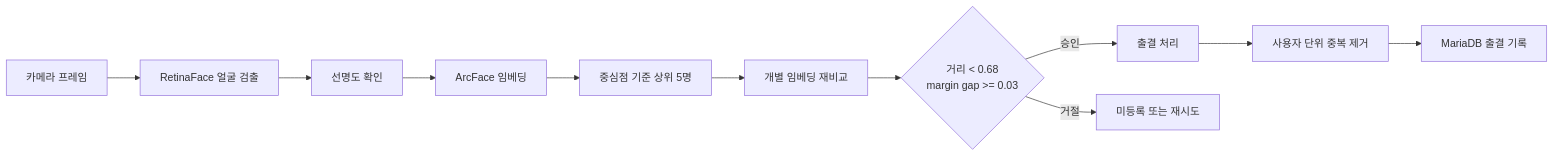
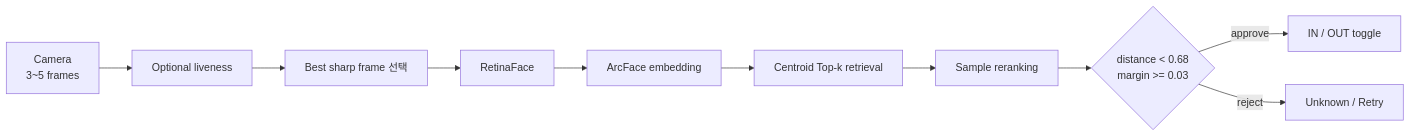
One commit to yoon-chan-hyeok/face-attendance-system changed the second of 3 diagrams in README.md. Above: the diagram before and after it, drawn with Mermaid. The commit also changed other lines of this file, not shown here.

Commit message:
docs: integrate face attendance upgrade report into README

````diff
--- a/README.md
+++ b/README.md
@@ -67,13 +112,12 @@
 ```mermaid
 flowchart LR
-    C["카메라 프레임"] --> D["RetinaFace 얼굴 검출"]
-    D --> Q["선명도 확인"]
-    Q --> E["ArcFace 임베딩"]
-    E --> M["중심점 기준 상위 5명"]
-    M --> S["개별 임베딩 재비교"]
-    S --> G{"거리 < 0.68<br/>margin gap >= 0.03"}
-    G -->|승인| A["출결 처리"]
-    G -->|거절| R["미등록 또는 재시도"]
-    A --> U["사용자 단위 중복 제거"]
-    U --> DB["MariaDB 출결 기록"]
+    C["Camera<br/>3~5 frames"] --> L["Optional liveness"]
+    L --> B["Best sharp frame 선택"]
+    B --> D["RetinaFace"]
+    D --> E["ArcFace embedding"]
+    E --> CT["Centroid Top-k retrieval"]
+    CT --> S["Sample reranking"]
+    S --> G{"distance < 0.68<br/>margin >= 0.03"}
+    G -->|approve| A["IN / OUT toggle"]
+    G -->|reject| R["Unknown / Retry"]
 ```
````
